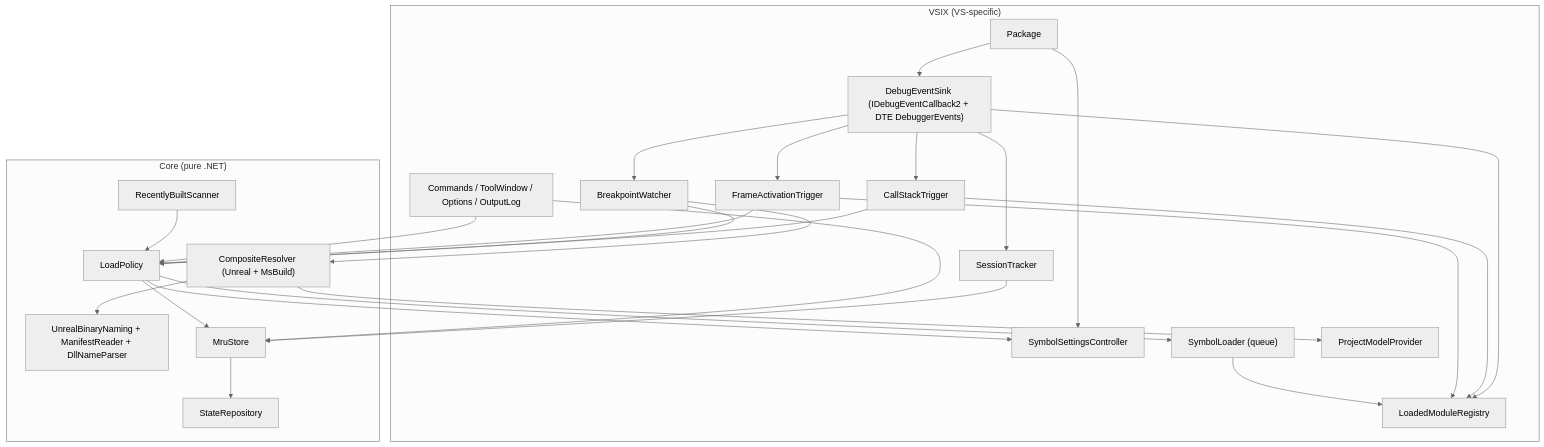
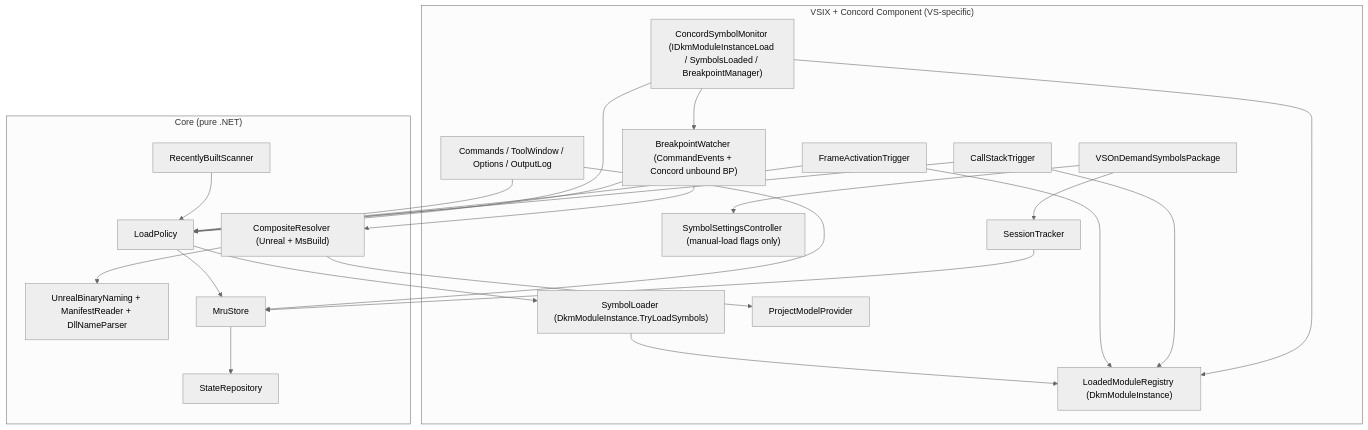
One commit to mattshepcar/VSOnDemandSymbols changed the first of 3 diagrams in docs/ARCHITECTURE.md. Above: the diagram before and after it, drawn with Mermaid (neutral theme). The commit also changed other lines of this file and 11 other files, not shown here.

Commit message:
Revise spec, architecture, and Phase 0 spikes to use Concord Hybrid (D-15)

````diff
--- a/docs/ARCHITECTURE.md
+++ b/docs/ARCHITECTURE.md
@@ -38,48 +39,45 @@
 ```mermaid
 flowchart TD
-    subgraph VSIX["VSIX (VS-specific)"]
-        PKG["Package"]
-        SSC["SymbolSettingsController"]
-        DES["DebugEventSink (IDebugEventCallback2 + DTE DebuggerEvents)"]
+    subgraph VSIX["VSIX + Concord Component (VS-specific)"]
+        PKG["VSOnDemandSymbolsPackage"]
+        SSC["SymbolSettingsController (manual-load flags only)"]
+        CSM["ConcordSymbolMonitor (IDkmModuleInstanceLoad / SymbolsLoaded / BreakpointManager)"]
         ST["SessionTracker"]
-        MR["LoadedModuleRegistry"]
-        SL["SymbolLoader (queue)"]
-        BW["BreakpointWatcher"]
+        MR["LoadedModuleRegistry (DkmModuleInstance)"]
+        SL["SymbolLoader (DkmModuleInstance.TryLoadSymbols)"]
+        BW["BreakpointWatcher (CommandEvents + Concord unbound BP)"]
         CST["CallStackTrigger"]
         FAT["FrameActivationTrigger"]
         PMP["ProjectModelProvider"]
         UI["Commands / ToolWindow / Options / OutputLog"]
     end
     subgraph CORE["Core (pure .NET)"]
         RES["CompositeResolver (Unreal + MsBuild)"]
         NAM["UnrealBinaryNaming + ManifestReader + DllNameParser"]
         POL["LoadPolicy"]
         MRU["MruStore"]
         REPO["StateRepository"]
         RBS["RecentlyBuiltScanner"]
     end
     PKG --> SSC
-    PKG --> DES
-    DES --> ST
-    DES --> MR
-    DES --> BW
-    DES --> CST
-    DES --> FAT
+    PKG --> ST
+    CSM --> MR
+    CSM --> BW
+    CSM --> POL
     BW --> RES
     CST --> MR
     FAT --> MR
     BW --> POL
     CST --> POL
     FAT --> POL
     RBS --> POL
     POL --> SL
-    POL --> SSC
     SL --> MR
     RES --> NAM
     RES --> PMP
     POL --> MRU
     MRU --> REPO
     ST --> MRU
     UI --> POL
     UI --> MRU
 ```
````
